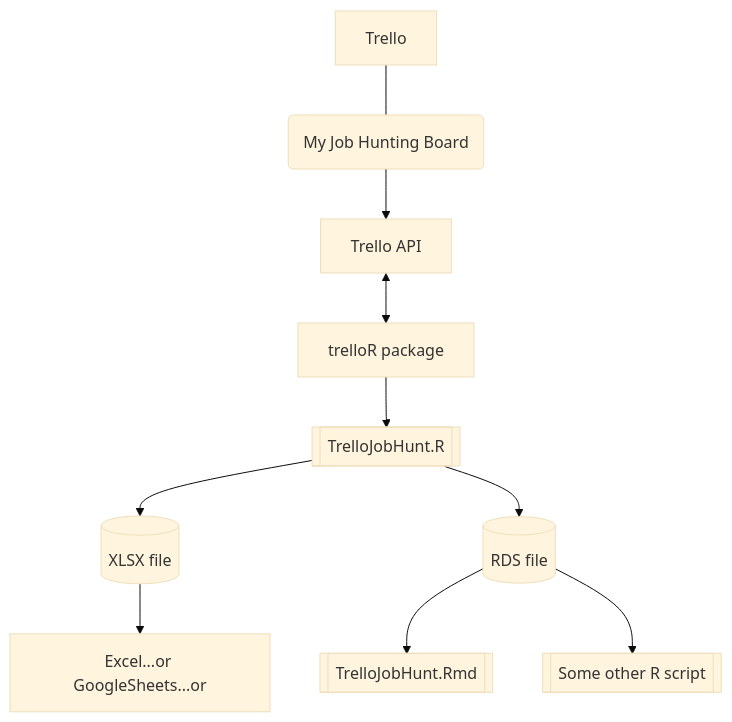
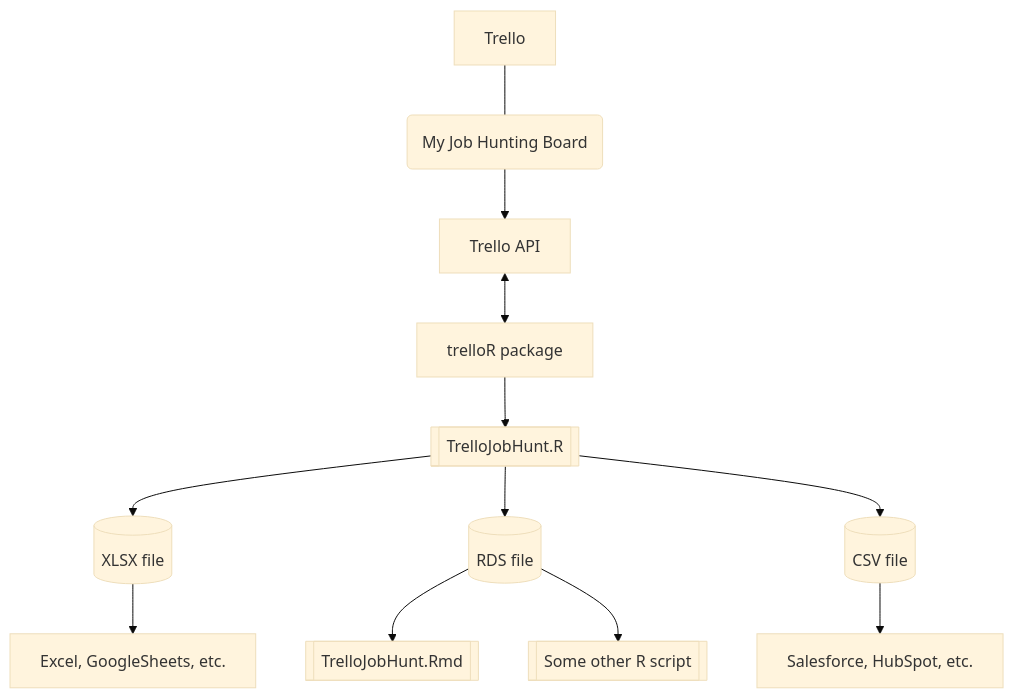
One commit to ccowens/trello-dump changed the first of 2 diagrams in README.md. Above: the diagram before and after it, drawn with Mermaid (base theme). The commit also changed other lines of this file, not shown here.

Commit message:
Added in reference to CSV

````diff
--- a/README.md
+++ b/README.md
@@ -10,13 +9,15 @@
 ```mermaid
 graph 
     Z[Trello] --- Y(My Job Hunting Board)
     Y --> X[Trello API] 
     X <--> W[trelloR package] 
     W --> A
     A[[TrelloJobHunt.R]] --> B[(XLSX file)]
     A --> C[(RDS file)]
-    B --> D[Excel...or GoogleSheets...or]
+    A --> G[(CSV file)]
+    B --> D[Excel, GoogleSheets, etc.]
     C --> E[[TrelloJobHunt.Rmd]]
     C --> F[[Some other R script]]
+    G --> H[Salesforce, HubSpot, etc.]
    
 ```
````
